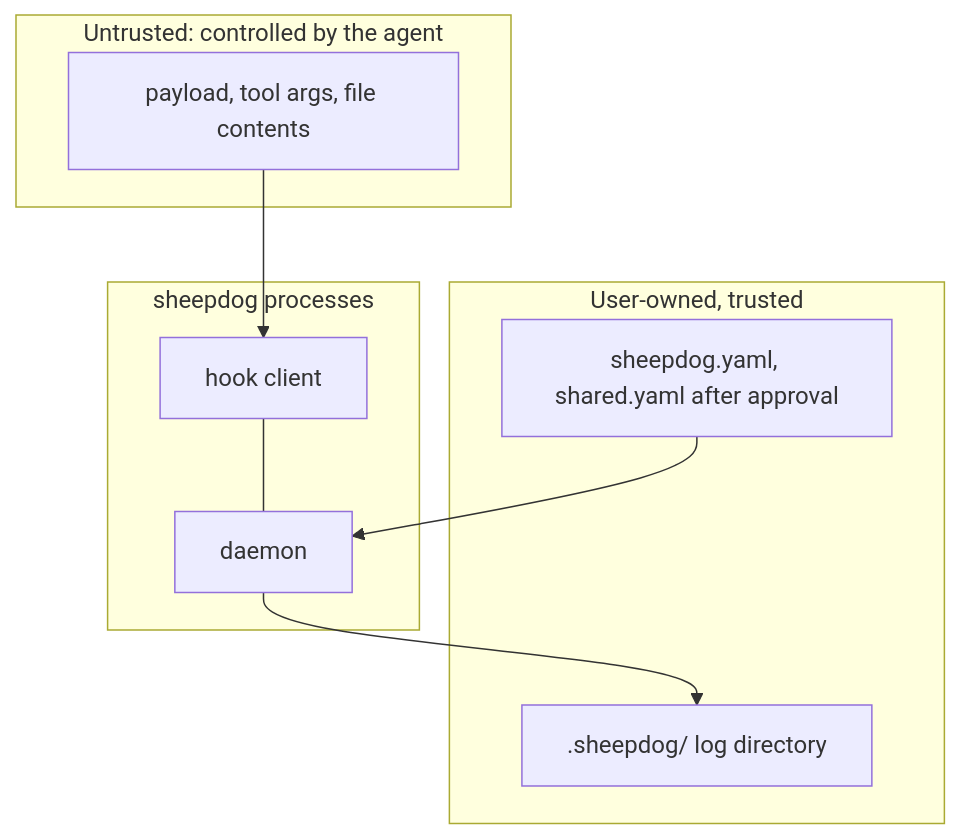
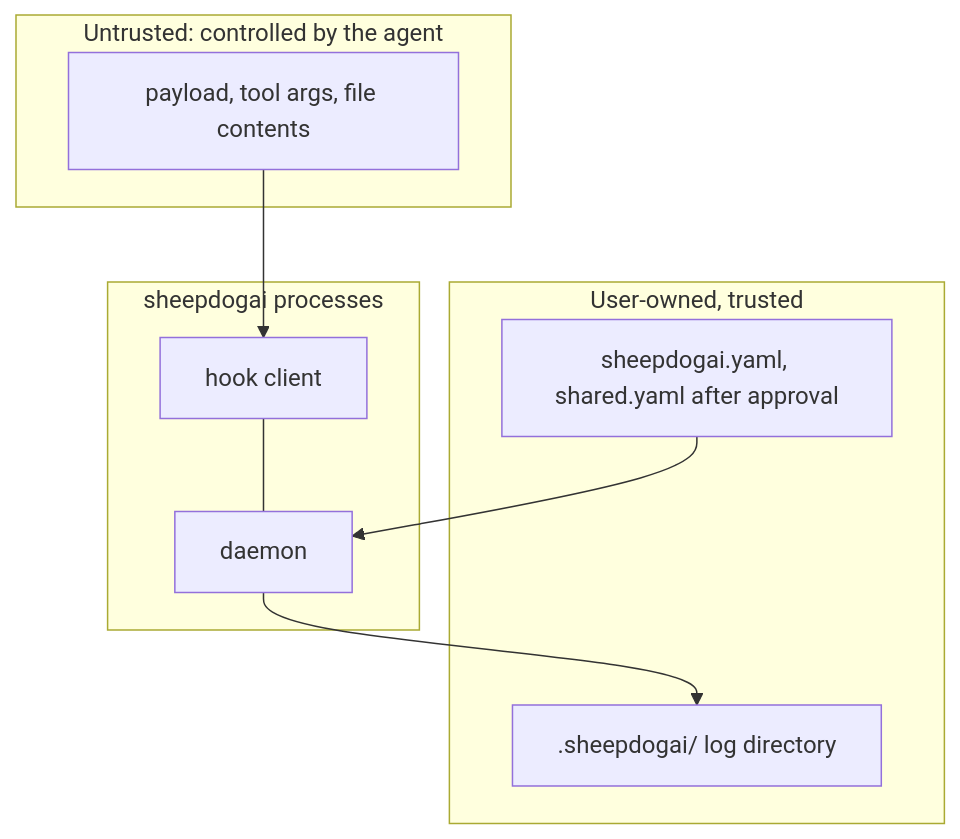
Before and after one commit to neoparadigm/sheepdog: the second of 2 diagrams in docs/architecture.md, drawn with Mermaid. The commit also changed other lines of this file and 98 other files, not shown here.

Commit message:
Rename CLI/config/state/env/ontology prefix to sheepdogai; /sheepdog kept as short chat alias (/sheepdogai too); refresh bench numbers

````diff
--- a/docs/architecture.md
+++ b/docs/architecture.md
@@ -39,16 +39,16 @@
 ```mermaid
 flowchart TB
   subgraph untrusted[Untrusted: controlled by the agent]
     P[payload, tool args, file contents]
   end
   subgraph user[User-owned, trusted]
-    C[sheepdog.yaml, shared.yaml after approval]
-    LG[.sheepdog/ log directory]
+    C[sheepdogai.yaml, shared.yaml after approval]
+    LG[.sheepdogai/ log directory]
   end
-  subgraph proc[sheepdog processes]
+  subgraph proc[sheepdogai processes]
     H2[hook client] --- D2[daemon]
   end
   P --> H2
   C --> D2
   D2 --> LG
 ```
````
